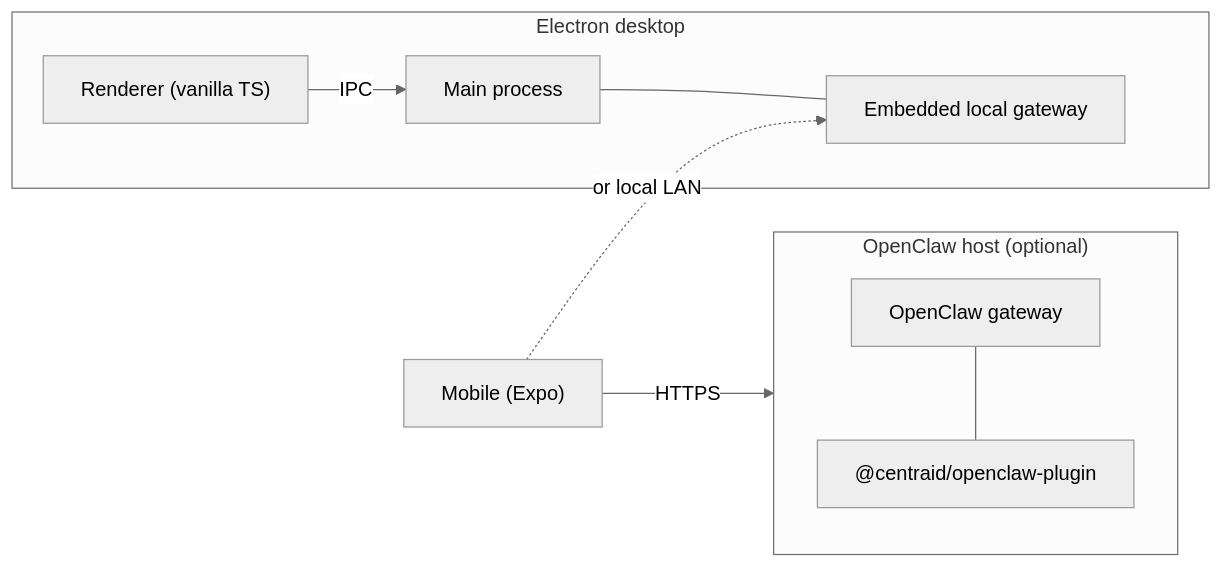
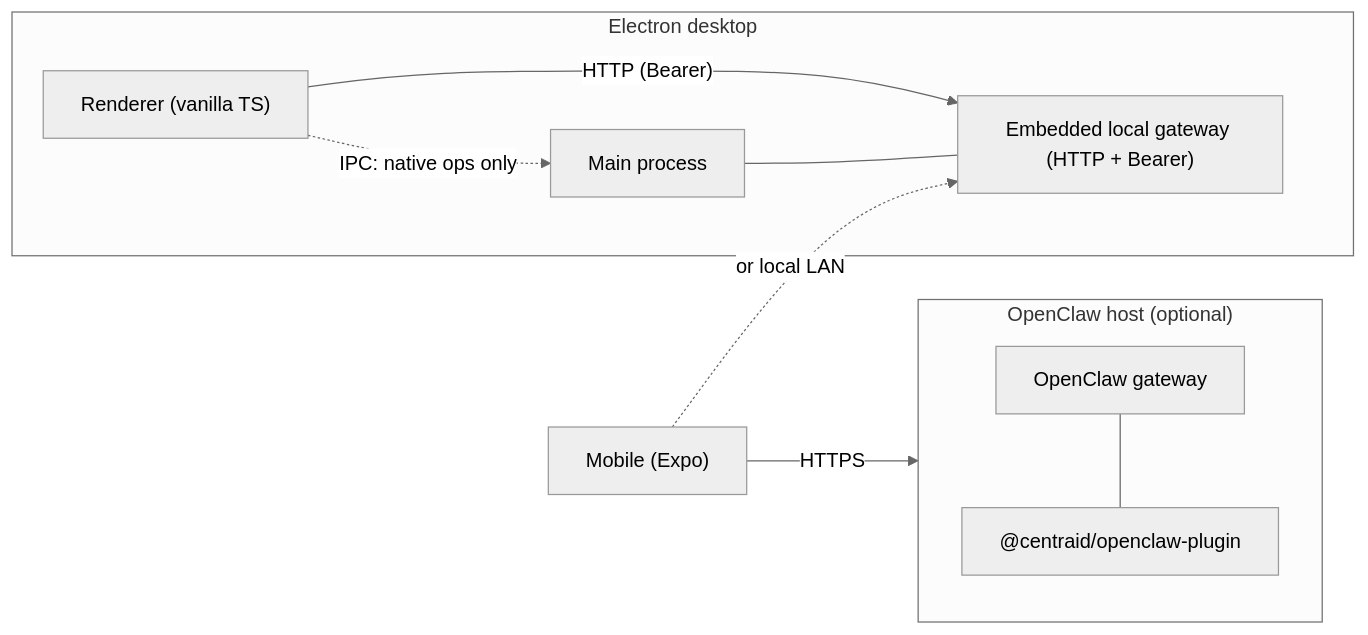
One commit to srikanth235/centraid changed the diagram in docs/getting-started.mdx. Above: the diagram before and after it, drawn with Mermaid (neutral theme). The commit also changed other lines of this file and 53 other files, not shown here.

````diff
--- a/docs/getting-started.mdx
+++ b/docs/getting-started.mdx
@@ -71,18 +70,19 @@
 ```mermaid
 flowchart LR
   subgraph Desktop["Electron desktop"]
     Renderer["Renderer (vanilla TS)"]
     Main["Main process"]
-    Local["Embedded local gateway"]
+    Local["Embedded local gateway (HTTP + Bearer)"]
     Main --- Local
-    Renderer -- "IPC" --> Main
+    Renderer -- "HTTP (Bearer)" --> Local
+    Renderer -. "IPC: native ops only" .-> Main
   end
   subgraph Remote["OpenClaw host (optional)"]
     OC["OpenClaw gateway"]
     Plugin["@centraid/openclaw-plugin"]
     OC --- Plugin
   end
   Mobile["Mobile (Expo)"]
   Mobile -- "HTTPS" --> Remote
   Mobile -. "or local LAN" .-> Local
 ```
````
